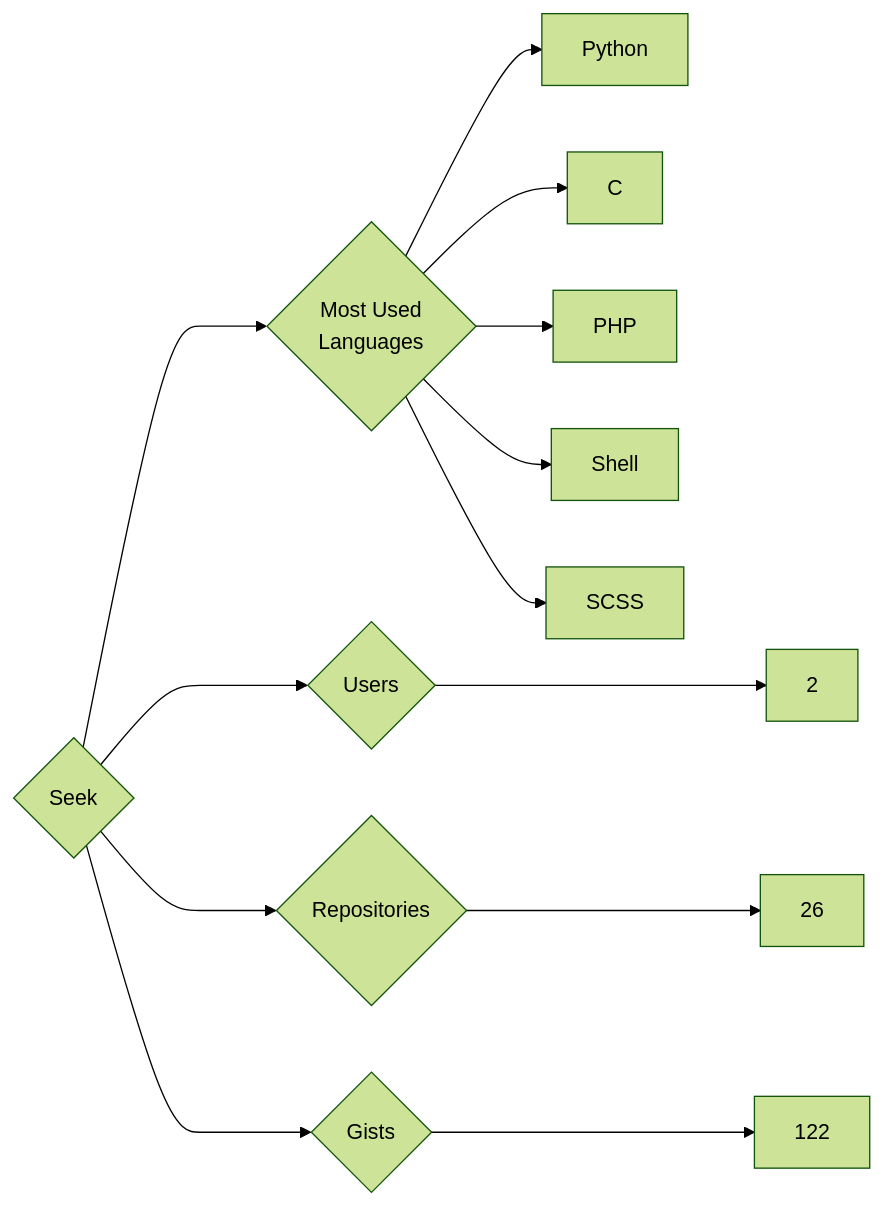
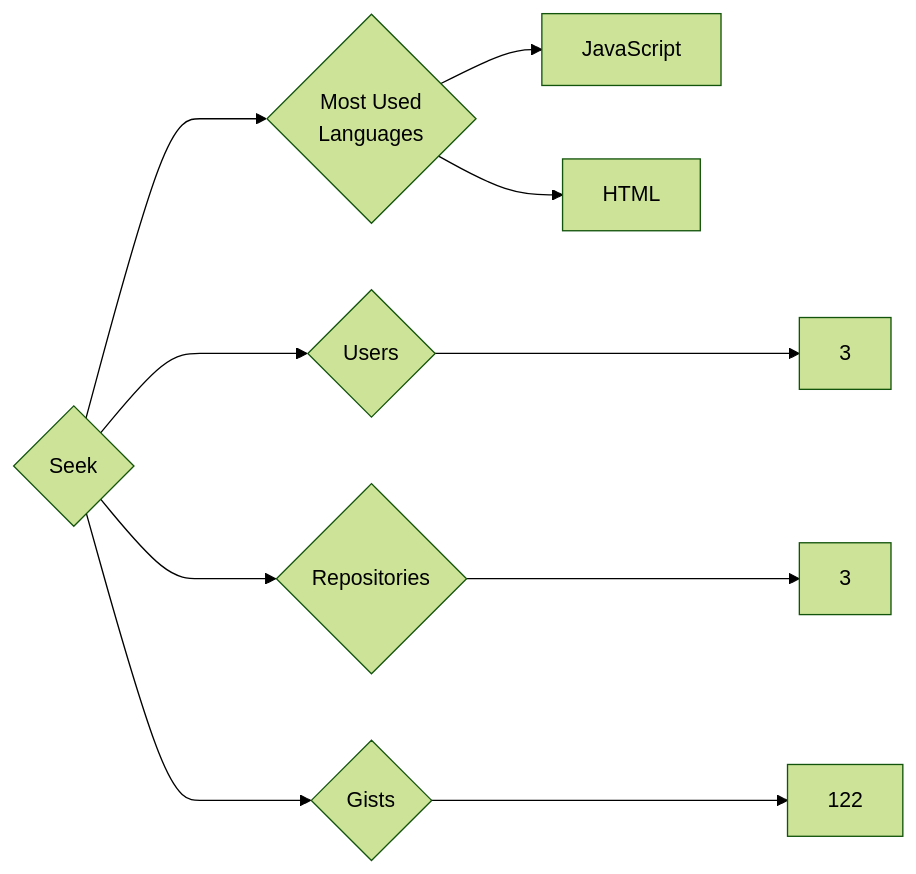
One commit to trickest/insiders changed the diagram in targets/Seek/README.md. Above: the diagram before and after it, drawn with Mermaid (forest theme). The commit also changed 976 other files, not shown here.

````diff
--- a/targets/Seek/README.md
+++ b/targets/Seek/README.md
@@ -3,13 +3,10 @@
 ```mermaid
 graph LR
 COMPANY_NAME{Seek}
-COMPANY_NAME ---> U{Users} ---> UN[2]
-COMPANY_NAME ---> R{Repositories} ---> RN[26]
+COMPANY_NAME ---> U{Users} ---> UN[3]
+COMPANY_NAME ---> R{Repositories} ---> RN[3]
 COMPANY_NAME ---> G{Gists} ---> GN[122]
 COMPANY_NAME ---> ML{Most Used<br>Languages}
-ML --> Python[Python]
-ML --> C[C]
-ML --> PHP[PHP]
-ML --> Shell[Shell]
-ML --> SCSS[SCSS]
+ML --> JavaScript[JavaScript]
+ML --> HTML[HTML]
 ```
````
